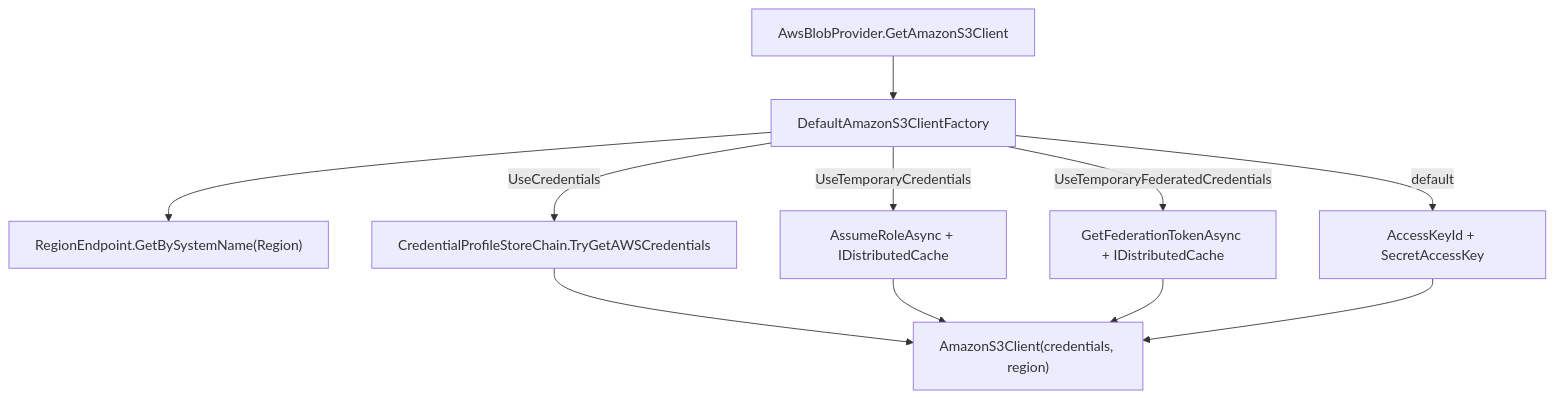
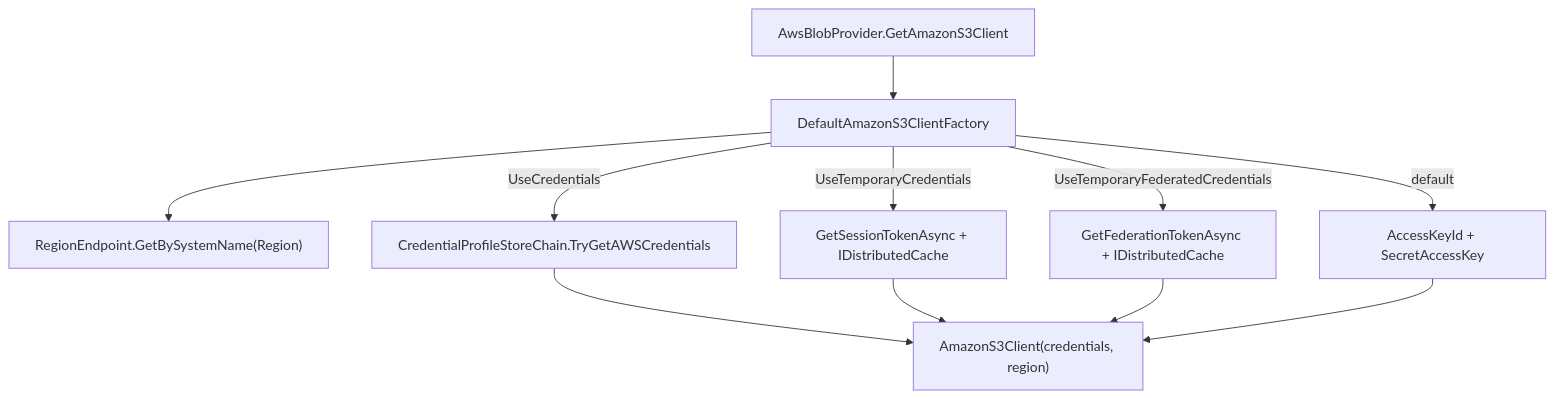
The diagram in blobs/aws-provider.mdx (mintlify-atlas/docs-wiki-d74bb1cc), drawn with Mermaid before and after one commit. The commit also changed other lines of this file and 77 other files, not shown here.

Commit message:
docs: review pass — accuracy audit, source verification, and added flow pages

````diff
--- a/blobs/aws-provider.mdx
+++ b/blobs/aws-provider.mdx
@@ -263,13 +263,13 @@
 ```mermaid
 flowchart TB
     A["AwsBlobProvider.GetAmazonS3Client"] --> F["DefaultAmazonS3ClientFactory"]
     F --> R["RegionEndpoint.GetBySystemName(Region)"]
     F -->|UseCredentials| P["CredentialProfileStoreChain.TryGetAWSCredentials"]
-    F -->|UseTemporaryCredentials| S["AssumeRoleAsync + IDistributedCache"]
+    F -->|UseTemporaryCredentials| S["GetSessionTokenAsync + IDistributedCache"]
     F -->|UseTemporaryFederatedCredentials| FE["GetFederationTokenAsync + IDistributedCache"]
     F -->|default| K["AccessKeyId + SecretAccessKey"]
     P --> C["AmazonS3Client(credentials, region)"]
     S --> C
     FE --> C
     K --> C
 ```
````
